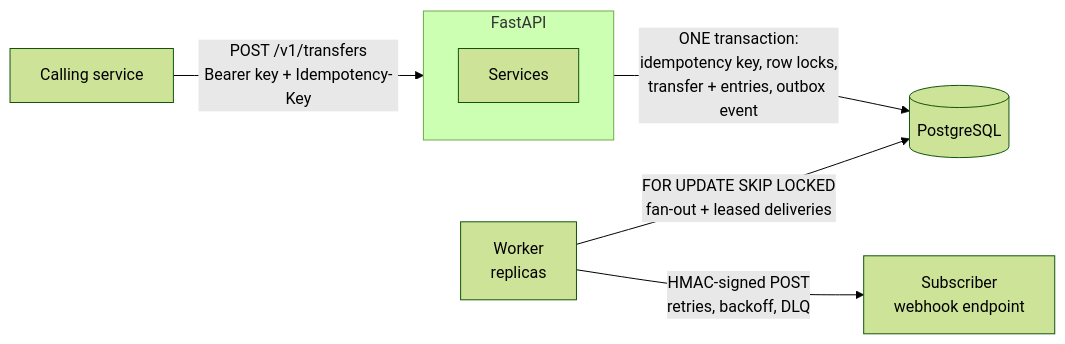
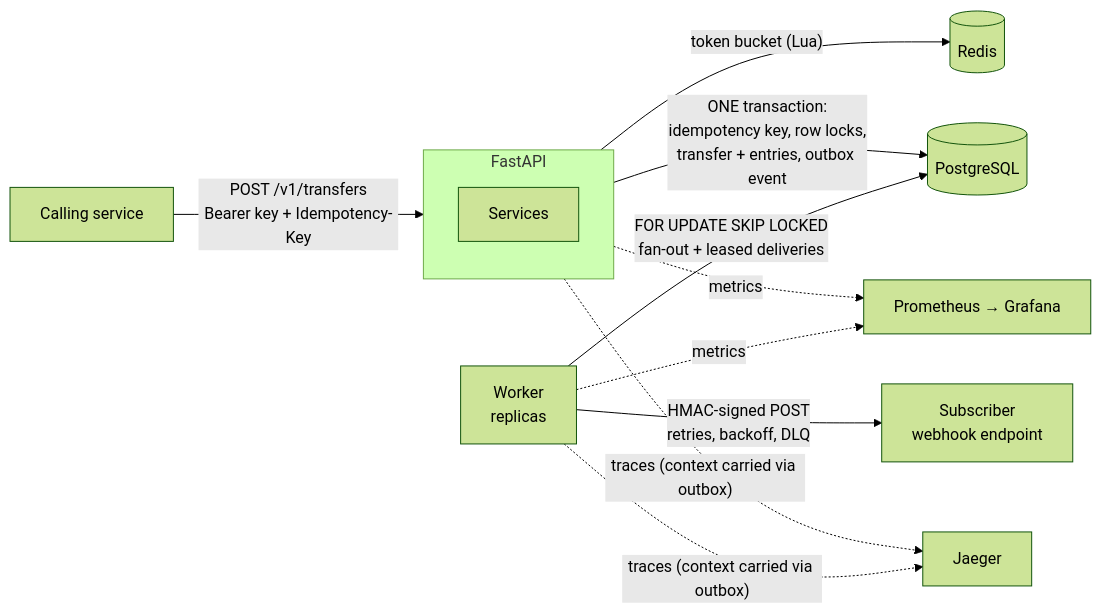
The diagram in README.md (shivam06062003/ledger-service), drawn with Mermaid (forest theme) before and after one commit. The commit also changed other lines of this file and 48 other files, not shown here.

````diff
--- a/README.md
+++ b/README.md
@@ -13,11 +13,14 @@
 ```mermaid
 flowchart LR
     C[Calling service] -- "POST /v1/transfers<br/>Bearer key + Idempotency-Key" --> API
     subgraph API[FastAPI]
         direction TB
         S[Services]
     end
     S -- "ONE transaction:<br/>idempotency key, row locks,<br/>transfer + entries, outbox event" --> DB[(PostgreSQL)]
     W[Worker<br/>replicas] -- "FOR UPDATE SKIP LOCKED<br/>fan-out + leased deliveries" --> DB
     W -- "HMAC-signed POST<br/>retries, backoff, DLQ" --> R[Subscriber<br/>webhook endpoint]
+    API -- "token bucket (Lua)" --> RD[(Redis)]
+    API & W -. "metrics" .-> P[Prometheus → Grafana]
+    API & W -. "traces (context carried via outbox)" .-> J[Jaeger]
 ```
````
